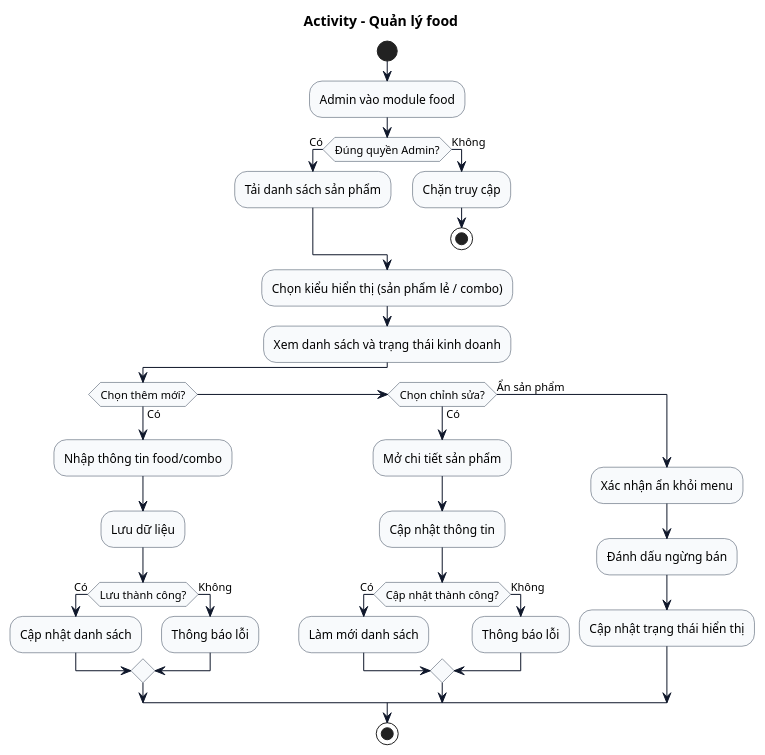
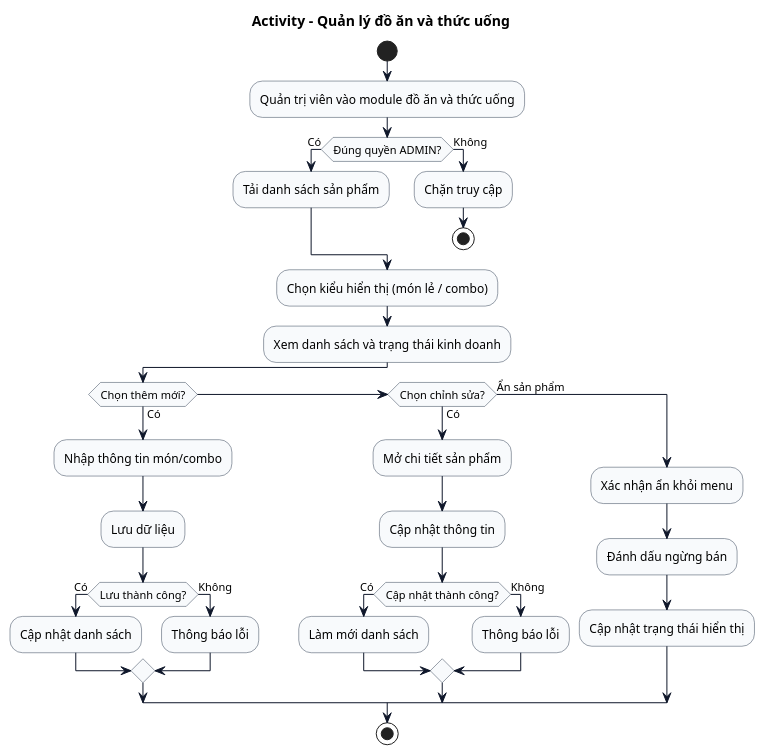
One commit to minhat5/MeCinema changed the diagram in uml/activity/activity-manage-food.puml. Above: the diagram before and after it, drawn with PlantUML. The commit also changed other lines of this file and 25 other files, not shown here.

Commit message:
add full uml

```diff
--- a/uml/activity/activity-manage-food.puml
+++ b/uml/activity/activity-manage-food.puml
@@ -1,45 +1,45 @@
 @startuml
 skinparam shadowing false
 skinparam activity {
   BackgroundColor #F8FAFC
   BorderColor #334155
   ArrowColor #0F172A
 }
 
-title Activity - Quản lý food
+title Activity - Quản lý đồ ăn và thức uống
 
 start
-:Admin vào module food;
-if (Đúng quyền Admin?) then (Có)
+:Quản trị viên vào module đồ ăn và thức uống;
+if (Đúng quyền ADMIN?) then (Có)
   :Tải danh sách sản phẩm;
 else (Không)
   :Chặn truy cập;
   stop
 endif
 
-:Chọn kiểu hiển thị (sản phẩm lẻ / combo);
+:Chọn kiểu hiển thị (món lẻ / combo);
 :Xem danh sách và trạng thái kinh doanh;
 
 if (Chọn thêm mới?) then (Có)
-  :Nhập thông tin food/combo;
+  :Nhập thông tin món/combo;
   :Lưu dữ liệu;
   if (Lưu thành công?) then (Có)
     :Cập nhật danh sách;
   else (Không)
     :Thông báo lỗi;
   endif
 elseif (Chọn chỉnh sửa?) then (Có)
   :Mở chi tiết sản phẩm;
   :Cập nhật thông tin;
   if (Cập nhật thành công?) then (Có)
     :Làm mới danh sách;
   else (Không)
     :Thông báo lỗi;
   endif
 else (Ẩn sản phẩm)
   :Xác nhận ẩn khỏi menu;
   :Đánh dấu ngừng bán;
   :Cập nhật trạng thái hiển thị;
 endif
 stop
 @enduml
```
